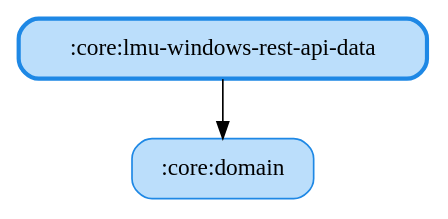
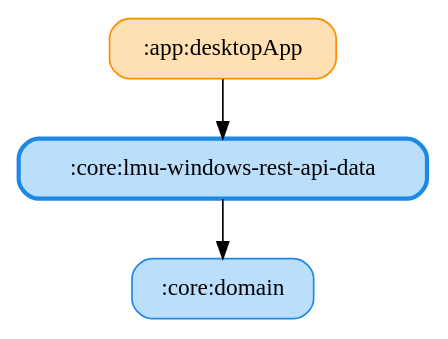
The diagram in docs/graphs/core-lmu-windows-rest-api-data.gv (ai-kurou/KoDriver), drawn with Graphviz before and after one commit. The commit also changed 5 other files, not shown here.

Commit message:
chore: update module graph images

```diff
--- a/docs/graphs/core-lmu-windows-rest-api-data.gv
+++ b/docs/graphs/core-lmu-windows-rest-api-data.gv
@@ -1,7 +1,9 @@
 digraph G {
   rankdir=TB
   node [shape=box, style="rounded,filled"]
+  ":app:desktopApp" [fillcolor="#FFE0B2", color="#FB8C00", penwidth=1]
   ":core:domain" [fillcolor="#BBDEFB", color="#1E88E5", penwidth=1]
   ":core:lmu-windows-rest-api-data" [fillcolor="#BBDEFB", color="#1E88E5", penwidth=2.5]
+  ":app:desktopApp" -> ":core:lmu-windows-rest-api-data"
   ":core:lmu-windows-rest-api-data" -> ":core:domain"
 }
```
